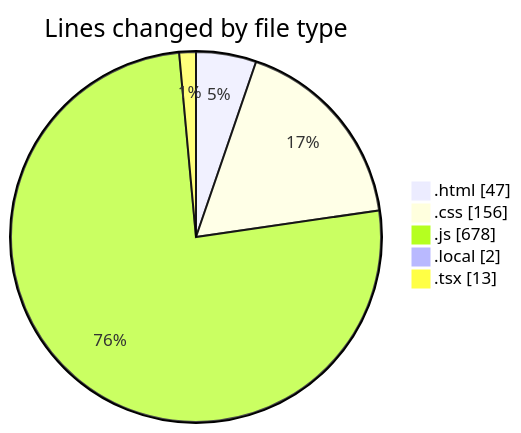
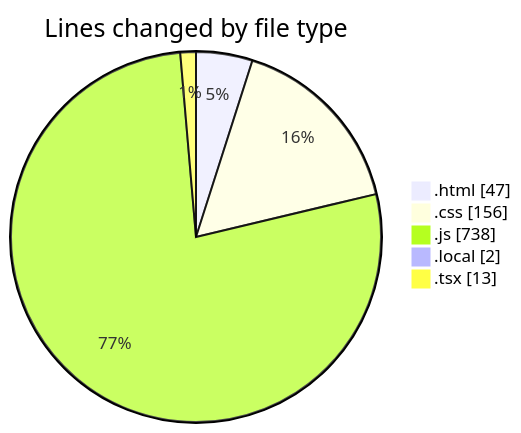
Before and after one commit to Ritupan-Deka/code-tracking: the first of 2 diagrams in 2025-05-03/projects/README.md, drawn with Mermaid. The commit also changed other lines of this file and 1 other file, not shown here.

````diff
--- a/2025-05-03/projects/README.md
+++ b/2025-05-03/projects/README.md
@@ -31,9 +31,9 @@
 ```mermaid
 pie showData
 title Lines changed by file type
 ".html" : 47
 ".css" : 156
-".js" : 678
+".js" : 738
 ".local" : 2
 ".tsx" : 13
 ```
````
